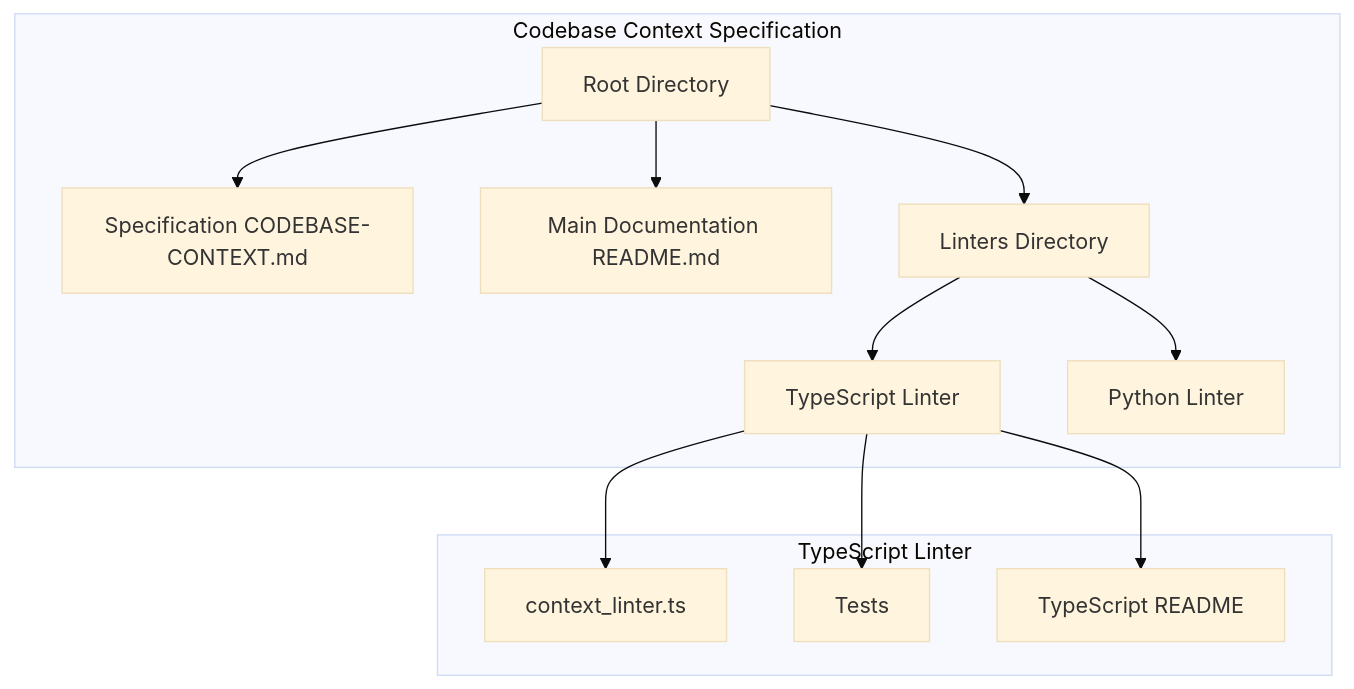
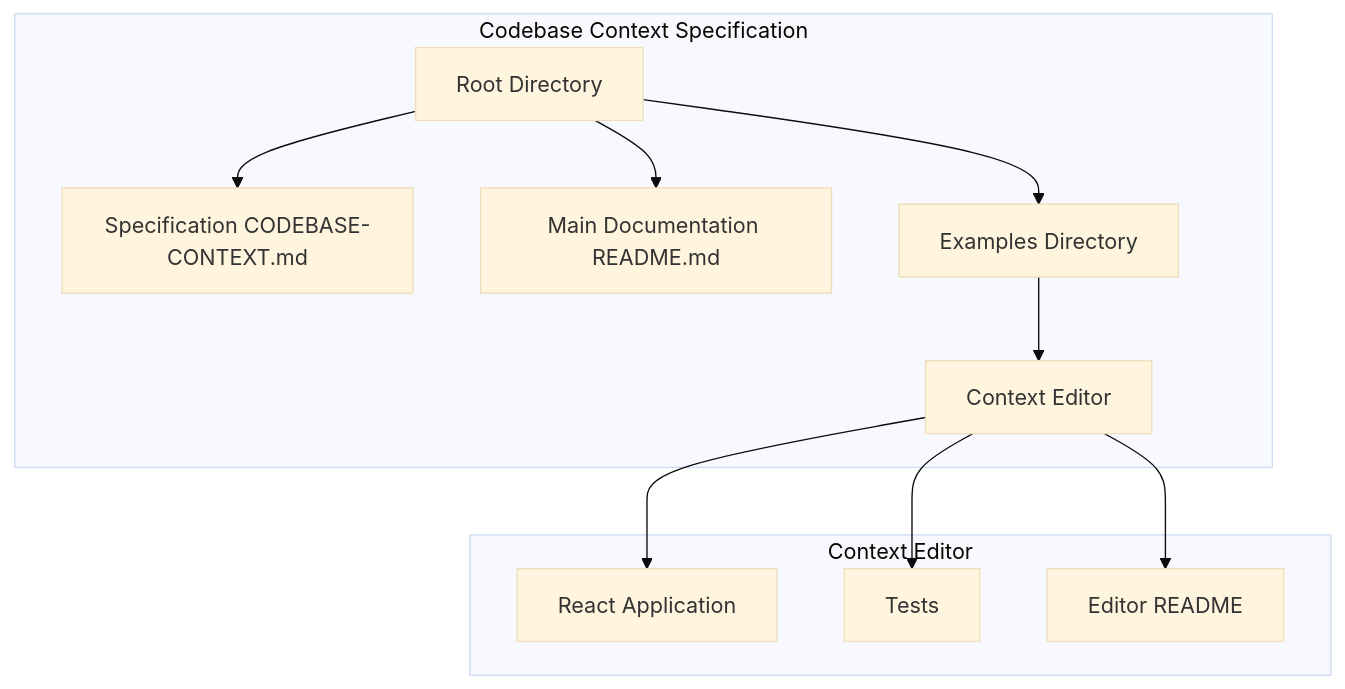
Before and after one commit to Agentic-Insights/codebase-context-spec: the diagram in img/codebase-diagram.mermaid, drawn with Mermaid (base theme). The commit also changed other lines of this file and 30 other files, not shown here.

```diff
--- a/img/codebase-diagram.mermaid
+++ b/img/codebase-diagram.mermaid
@@ -1,25 +1,23 @@
 graph TD
     subgraph "Codebase Context Specification"
         Root[Root Directory]
         Spec[Specification CODEBASE-CONTEXT.md]
         MainDoc[Main Documentation README.md]
-        Linters[Linters Directory]
-        TypeScript[TypeScript Linter]
-        Python[Python Linter]
+        Examples[Examples Directory]
+        Editor[Context Editor]
         
         Root --> Spec
         Root --> MainDoc
-        Root --> Linters
-        Linters --> TypeScript
-        Linters --> Python
+        Root --> Examples
+        Examples --> Editor
     end
 
-    subgraph "TypeScript Linter"
-        TSLinter[context_linter.ts]
-        TSTests[Tests]
-        TSREADME[TypeScript README]
+    subgraph "Context Editor"
+        EditorApp[React Application]
+        EditorTests[Tests]
+        EditorREADME[Editor README]
         
-        TypeScript --> TSLinter
-        TypeScript --> TSTests
-        TypeScript --> TSREADME
+        Editor --> EditorApp
+        Editor --> EditorTests
+        Editor --> EditorREADME
     end
```
